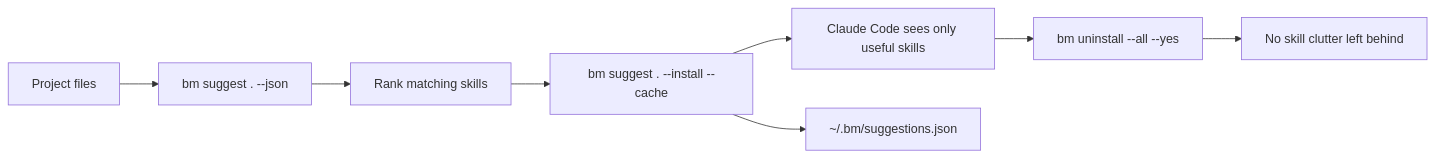
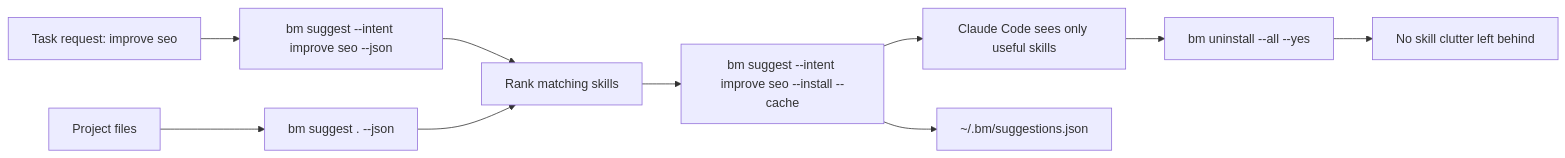
The first of 2 diagrams in README.md (Benmore-Studio/Benmore-Meridian), drawn with Mermaid before and after one commit. The commit also changed other lines of this file and 11 other files, not shown here.

````diff
--- a/README.md
+++ b/README.md
@@ -62,10 +62,12 @@
 ```mermaid
 flowchart LR
+    request[Task request: improve seo] --> intent[bm suggest --intent improve seo --json]
     project[Project files] --> scan[bm suggest . --json]
+    intent --> rank[Rank matching skills]
     scan --> rank[Rank matching skills]
-    rank --> install[bm suggest . --install --cache]
+    rank --> install[bm suggest --intent improve seo --install --cache]
     install --> claude[Claude Code sees only useful skills]
     install --> cache[~/.bm/suggestions.json]
     claude --> cleanup[bm uninstall --all --yes]
     cleanup --> clean[No skill clutter left behind]
 ```
````
